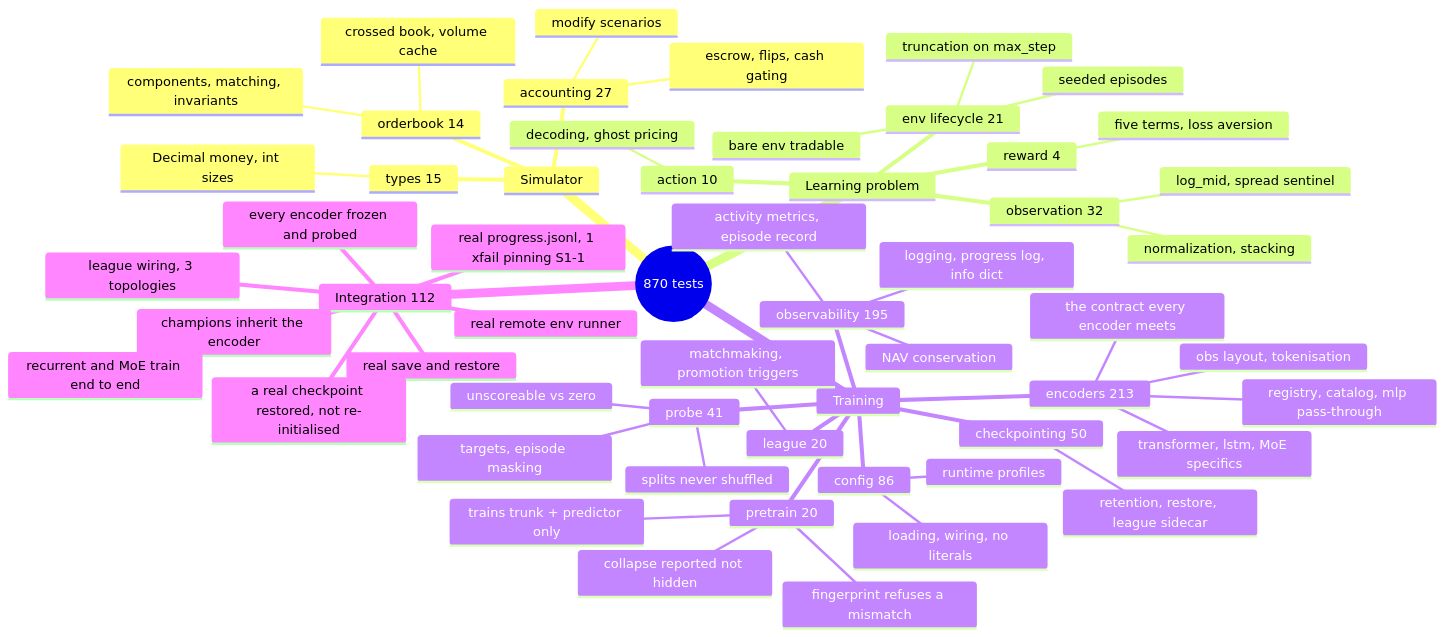
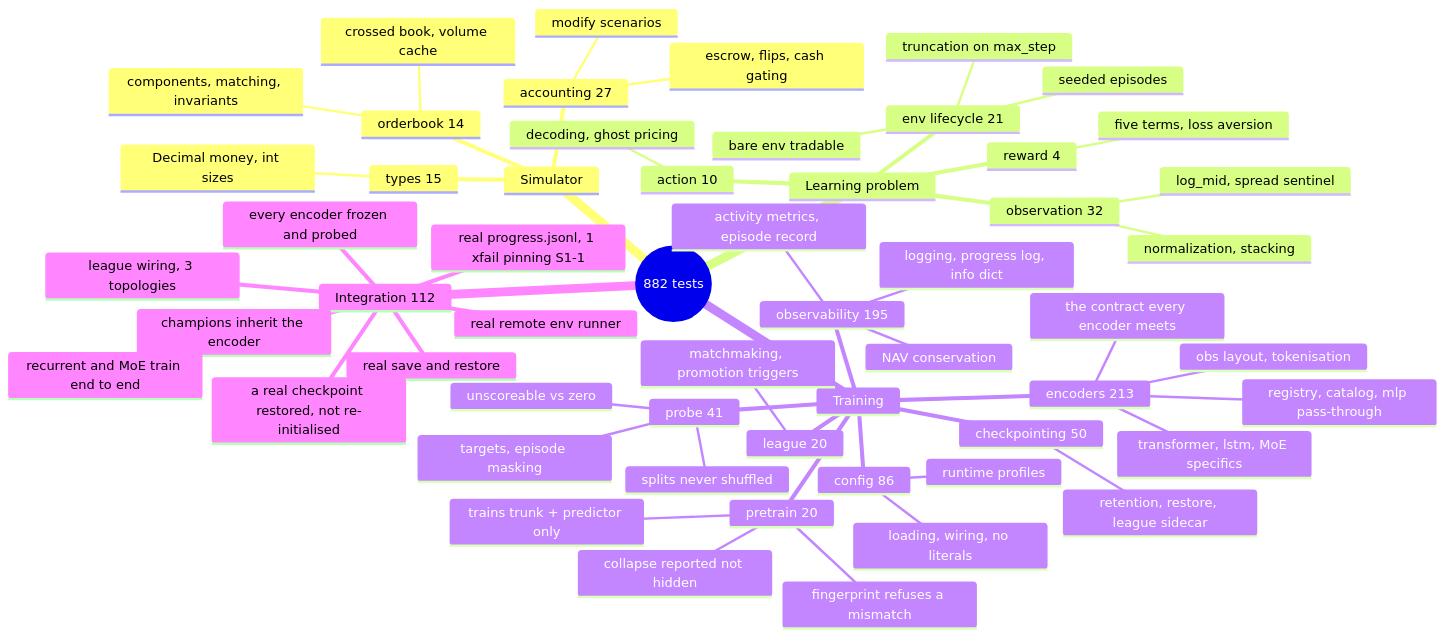
The diagram in doc/10_testing.md (ChuaCheowHuan/gym-continuousDoubleAuction), drawn with Mermaid before and after one commit. The commit also changed other lines of this file and 15 other files, not shown here.

````diff
--- a/doc/10_testing.md
+++ b/doc/10_testing.md
@@ -110,59 +111,59 @@
 ```mermaid
 mindmap
-  root((870 tests))
+  root((882 tests))
     Simulator
       orderbook 14
         components, matching, invariants
         crossed book, volume cache
       accounting 27
         escrow, flips, cash gating
         modify scenarios
       types 15
         Decimal money, int sizes
     Learning problem
       observation 32
         normalization, stacking
         log_mid, spread sentinel
       action 10
         decoding, ghost pricing
       reward 4
         five terms, loss aversion
       env lifecycle 21
         bare env tradable
         truncation on max_step
         seeded episodes
     Training
       config 86
         loading, wiring, no literals
         runtime profiles
       checkpointing 50
         retention, restore, league sidecar
       league 20
         matchmaking, promotion triggers
       encoders 213
         registry, catalog, mlp pass-through
         obs layout, tokenisation
         the contract every encoder meets
         transformer, lstm, MoE specifics
       observability 195
         logging, progress log, info dict
         activity metrics, episode record
         NAV conservation
       probe 41
         targets, episode masking
         splits never shuffled
         unscoreable vs zero
       pretrain 20
         trains trunk + predictor only
         collapse reported not hidden
         fingerprint refuses a mismatch
     Integration 112
       league wiring, 3 topologies
       real save and restore
       real progress.jsonl, 1 xfail pinning S1-1
       real remote env runner
       champions inherit the encoder
       recurrent and MoE train end to end
       every encoder frozen and probed
       a real checkpoint restored, not re-initialised
 ```
````
